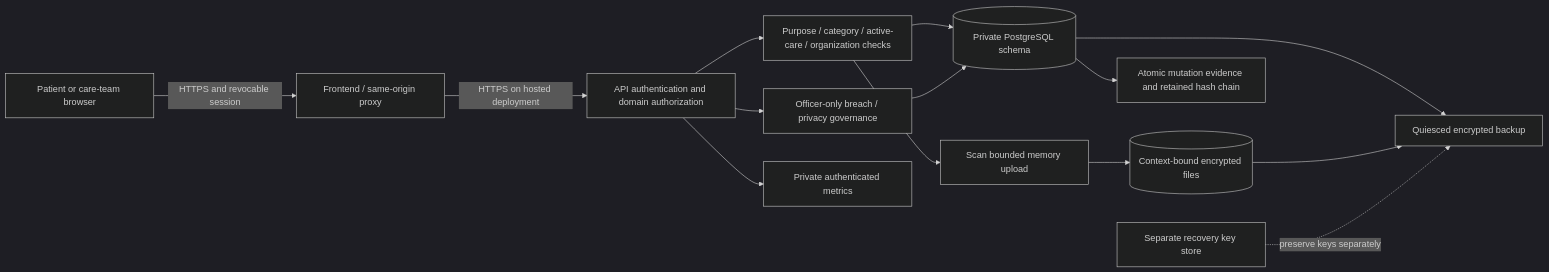
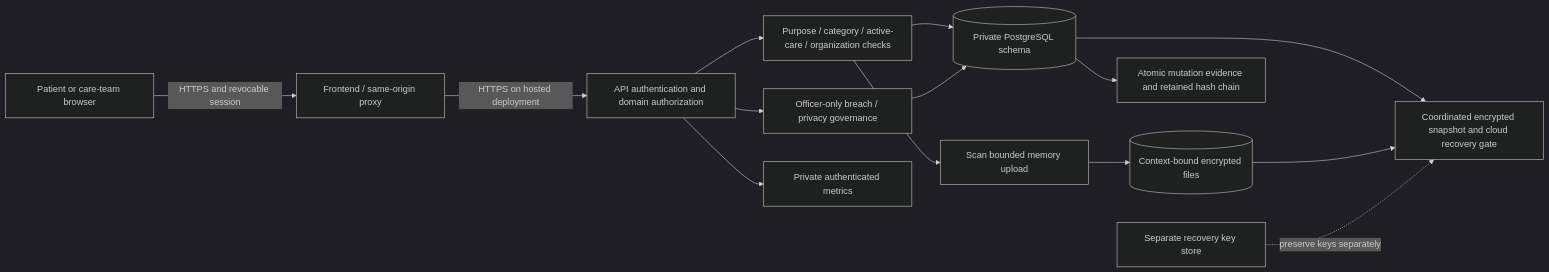
One commit to vTg2208/medicare-secure changed the diagram in docs/architecture-threat-model.md. Above: the diagram before and after it, drawn with Mermaid (dark theme). The commit also changed other lines of this file and 11 other files, not shown here.

````diff
--- a/docs/architecture-threat-model.md
+++ b/docs/architecture-threat-model.md
@@ -7,16 +7,16 @@
 ```mermaid
 flowchart LR
   P[Patient or care-team browser] -->|HTTPS and revocable session| F[Frontend / same-origin proxy]
   F -->|HTTPS on hosted deployment| A[API authentication and domain authorization]
   A --> C[Purpose / category / active-care / organization checks]
   C --> D[(Private PostgreSQL schema)]
   C --> E[Scan bounded memory upload]
   E --> S[(Context-bound encrypted files)]
   D --> J[Atomic mutation evidence and retained hash chain]
   A --> G[Officer-only breach / privacy governance]
   G --> D
-  D --> B[Quiesced encrypted backup]
+  D --> B[Coordinated encrypted snapshot and cloud recovery gate]
   S --> B
   K[Separate recovery key store] -. preserve keys separately .-> B
   A --> M[Private authenticated metrics]
 ```
````
